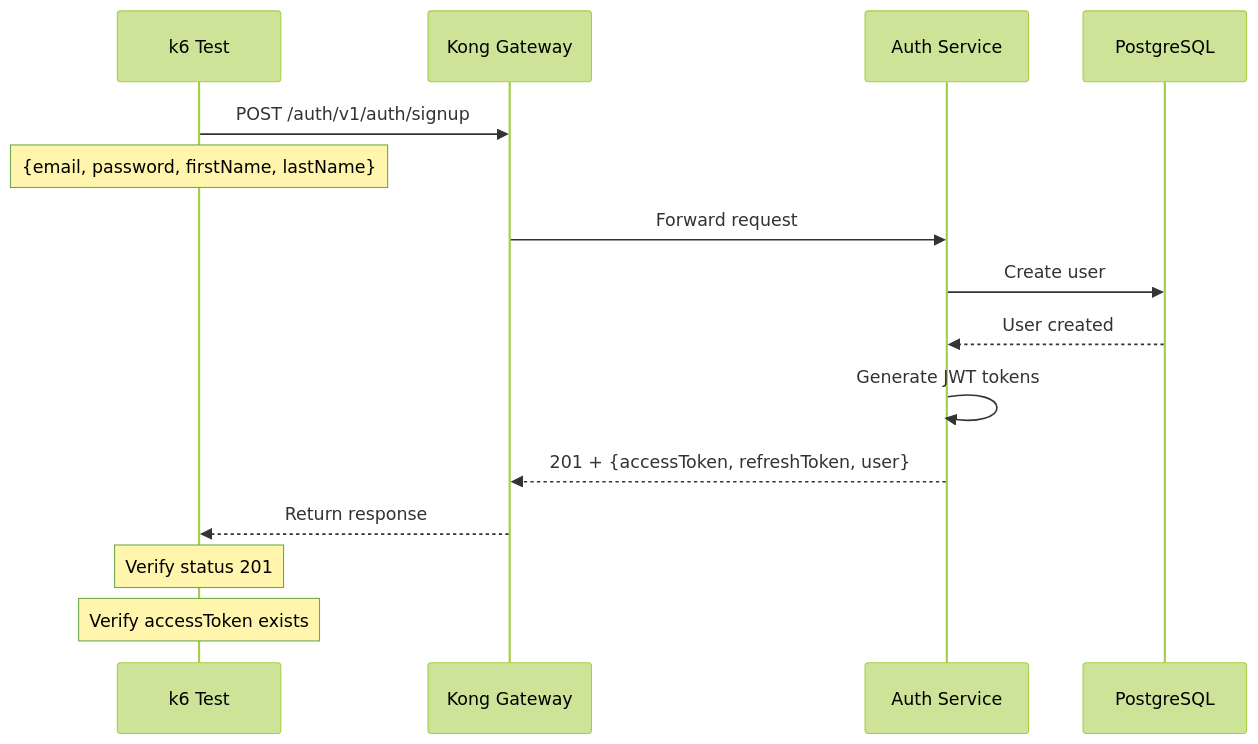
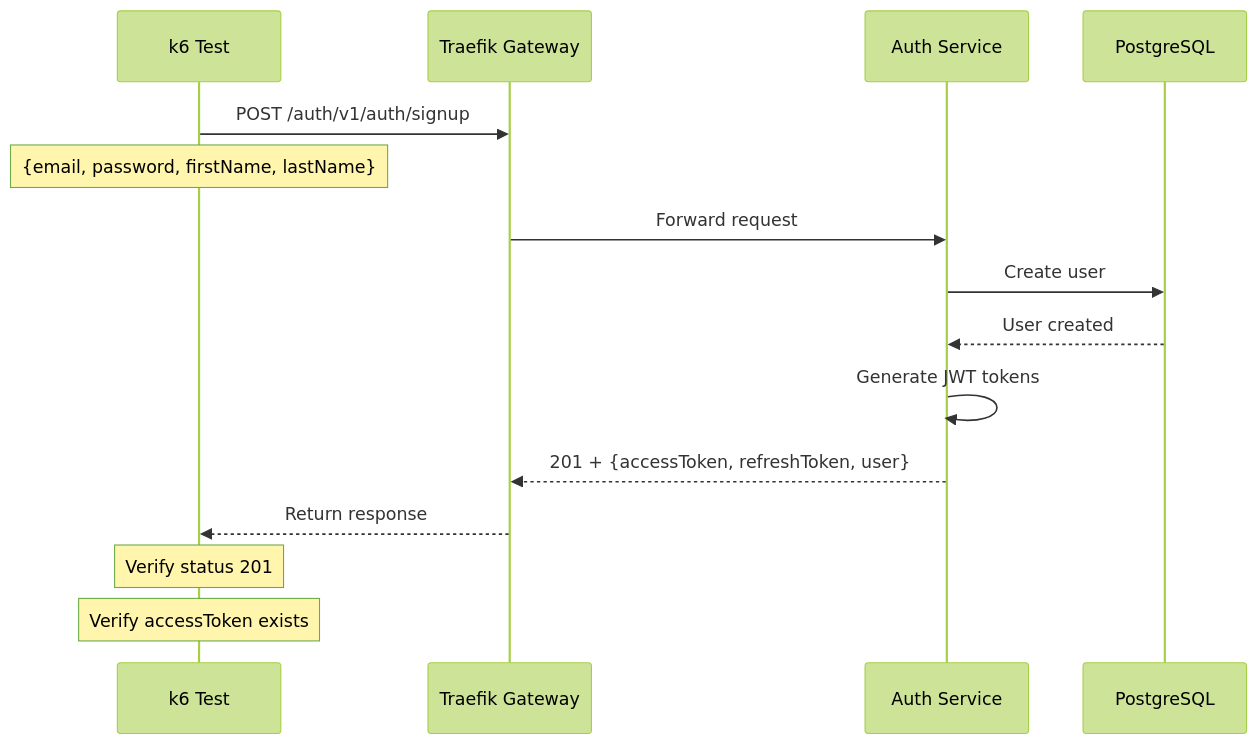
Before and after one commit to tinhthanh/nestjs-microservices: the diagram in k6-tests/src/services/auth/test-signup.md, drawn with Mermaid (forest theme). The commit also changed 47 other files, not shown here.

````diff
--- a/k6-tests/src/services/auth/test-signup.md
+++ b/k6-tests/src/services/auth/test-signup.md
@@ -5,19 +5,19 @@
 ```mermaid
 sequenceDiagram
     participant K6 as k6 Test
-    participant Kong as Kong Gateway
+    participant Traefik as Traefik Gateway
     participant Auth as Auth Service
     participant DB as PostgreSQL
 
-    K6->>Kong: POST /auth/v1/auth/signup
+    K6->>Traefik: POST /auth/v1/auth/signup
     Note over K6: {email, password, firstName, lastName}
-    Kong->>Auth: Forward request
+    Traefik->>Auth: Forward request
     Auth->>DB: Create user
     DB-->>Auth: User created
     Auth->>Auth: Generate JWT tokens
-    Auth-->>Kong: 201 + {accessToken, refreshToken, user}
-    Kong-->>K6: Return response
+    Auth-->>Traefik: 201 + {accessToken, refreshToken, user}
+    Traefik-->>K6: Return response
     
     Note over K6: Verify status 201
     Note over K6: Verify accessToken exists
 ```
````
